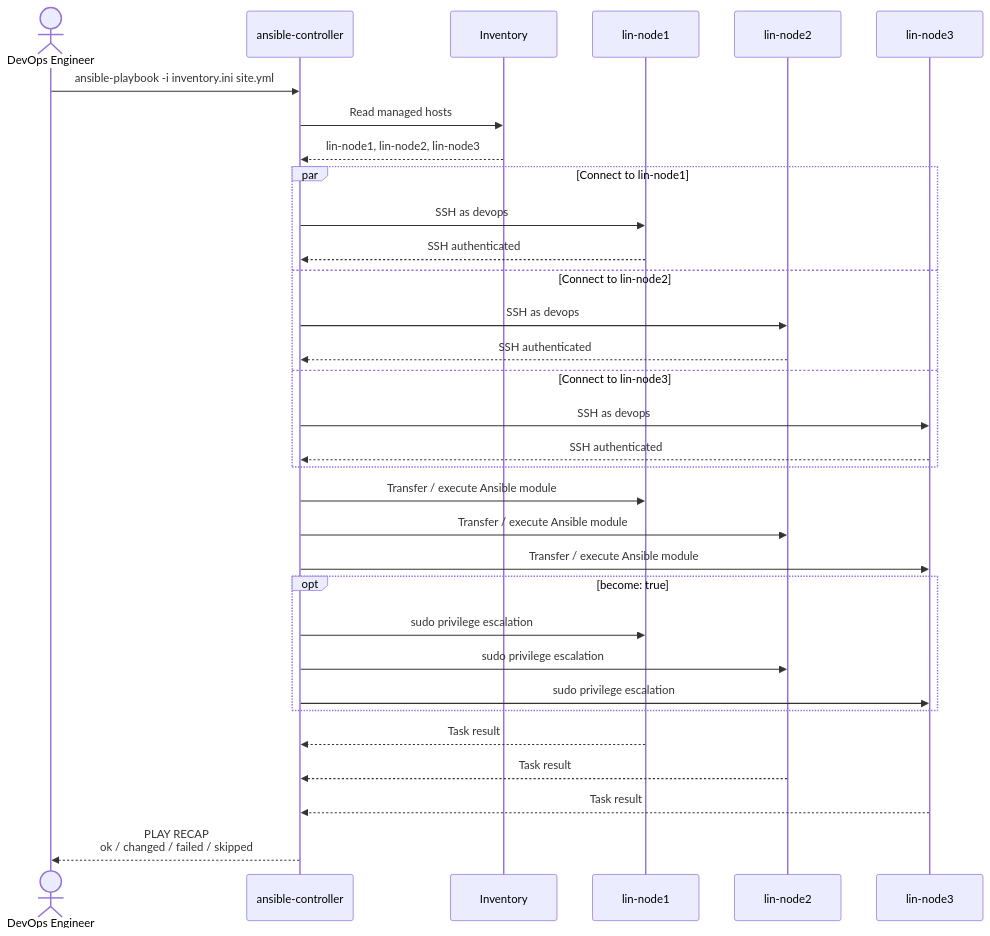
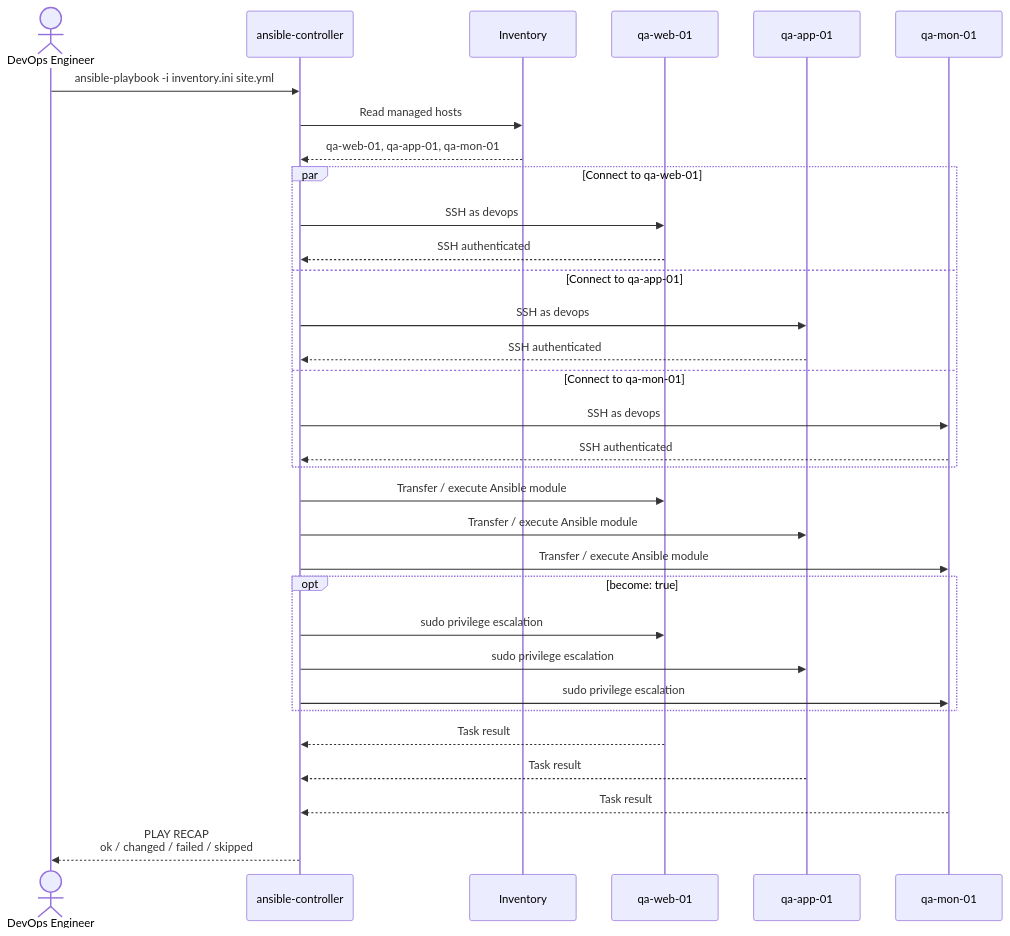
Before and after one commit to ongeziwe17/ansible-lab101: the diagram in architecture-and-flow/sequence.mermaid, drawn with Mermaid. The commit also changed 7 other files, not shown here.

```diff
--- a/architecture-and-flow/sequence.mermaid
+++ b/architecture-and-flow/sequence.mermaid
@@ -1,39 +1,39 @@
 sequenceDiagram
     actor DevOps as DevOps Engineer
     participant Controller as ansible-controller
     participant Inventory as Inventory
-    participant Node1 as lin-node1
-    participant Node2 as lin-node2
-    participant Node3 as lin-node3
+    participant Node1 as qa-web-01
+    participant Node2 as qa-app-01
+    participant Node3 as qa-mon-01
 
     DevOps->>Controller: ansible-playbook -i inventory.ini site.yml
 
     Controller->>Inventory: Read managed hosts
-    Inventory-->>Controller: lin-node1, lin-node2, lin-node3
+    Inventory-->>Controller: qa-web-01, qa-app-01, qa-mon-01
 
-    par Connect to lin-node1
+    par Connect to qa-web-01
         Controller->>Node1: SSH as devops
         Node1-->>Controller: SSH authenticated
-    and Connect to lin-node2
+    and Connect to qa-app-01
         Controller->>Node2: SSH as devops
         Node2-->>Controller: SSH authenticated
-    and Connect to lin-node3
+    and Connect to qa-mon-01
         Controller->>Node3: SSH as devops
         Node3-->>Controller: SSH authenticated
     end
 
     Controller->>Node1: Transfer / execute Ansible module
     Controller->>Node2: Transfer / execute Ansible module
     Controller->>Node3: Transfer / execute Ansible module
 
     opt become: true
         Controller->>Node1: sudo privilege escalation
         Controller->>Node2: sudo privilege escalation
         Controller->>Node3: sudo privilege escalation
     end
 
     Node1-->>Controller: Task result
     Node2-->>Controller: Task result
     Node3-->>Controller: Task result
 
     Controller-->>DevOps: PLAY RECAP<br/>ok / changed / failed / skipped
```
